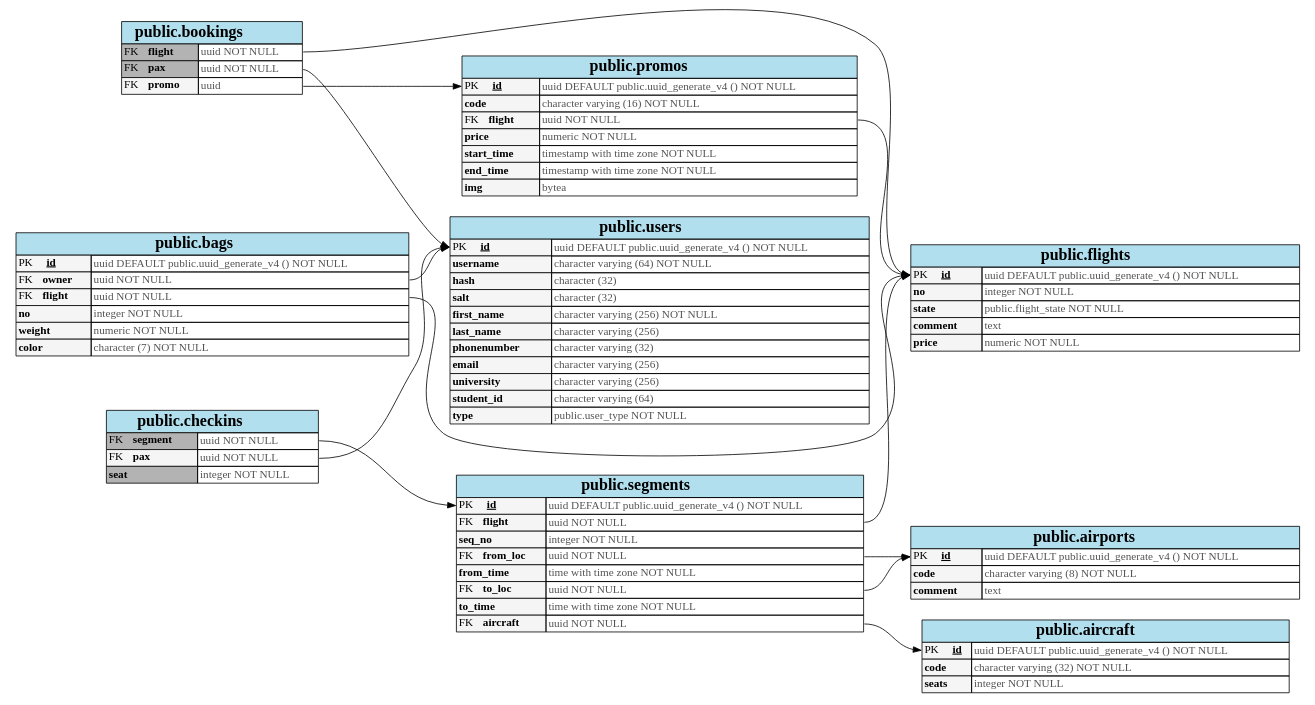
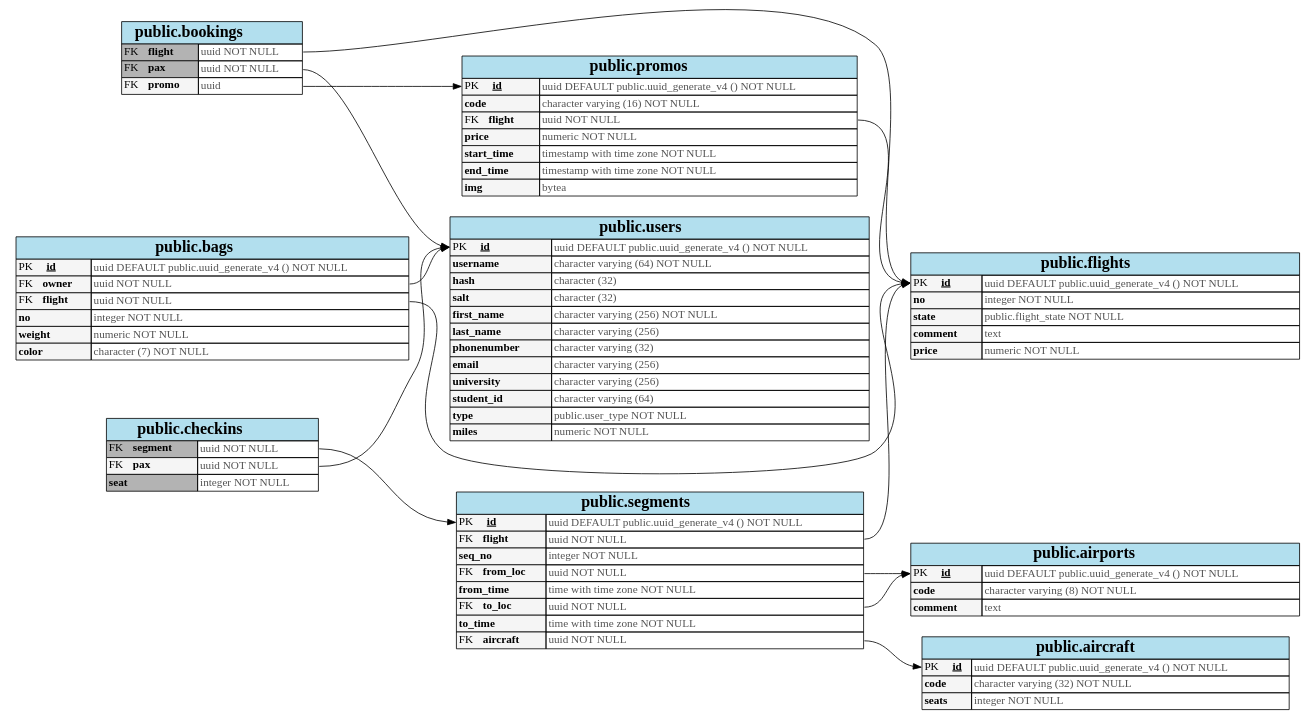
Before and after one commit to itcr3442/CE3101-TECAir: the diagram in docs/esquema.gv, drawn with Graphviz. The commit also changed 6 other files, not shown here.

```diff
--- a/docs/esquema.gv
+++ b/docs/esquema.gv
@@ -1,139 +1,140 @@
 /*
  * Graphviz of '<_io.TextIOWrapper name='<stdin>' mode='r' encoding='utf-8'>', created 2022-04-24 16:26:33.816806
  * Generated from https://github.com/rm-hull/sql_graphviz
  */
 digraph g { graph [ rankdir = "LR" ];
 
     "public.aircraft" [
     shape=none
     label=<
       <table border="0" cellspacing="0" cellborder="1">
         <tr><td bgcolor="lightblue2" colspan="2"><font face="Times-bold" point-size="20"> public.aircraft </font></td></tr>
         <tr><td bgcolor="grey96" align="left" port="id"> PK <font face="Times-bold"> <u>id</u> </font></td><td align="left" port="id_right"><font color="#535353"> uuid DEFAULT public.uuid_generate_v4 () NOT NULL </font></td></tr>
         <tr><td bgcolor="grey96" align="left" port="code"><font face="Times-bold"> code </font></td><td align="left" port="code_right"><font color="#535353"> character varying (32) NOT NULL </font></td></tr>
         <tr><td bgcolor="grey96" align="left" port="seats"><font face="Times-bold"> seats </font></td><td align="left" port="seats_right"><font color="#535353"> integer NOT NULL </font></td></tr>
       </table>
     >];
 
     "public.airports" [
     shape=none
     label=<
       <table border="0" cellspacing="0" cellborder="1">
         <tr><td bgcolor="lightblue2" colspan="2"><font face="Times-bold" point-size="20"> public.airports </font></td></tr>
         <tr><td bgcolor="grey96" align="left" port="id"> PK <font face="Times-bold"> <u>id</u> </font></td><td align="left" port="id_right"><font color="#535353"> uuid DEFAULT public.uuid_generate_v4 () NOT NULL </font></td></tr>
         <tr><td bgcolor="grey96" align="left" port="code"><font face="Times-bold"> code </font></td><td align="left" port="code_right"><font color="#535353"> character varying (8) NOT NULL </font></td></tr>
         <tr><td bgcolor="grey96" align="left" port="comment"><font face="Times-bold"> comment </font></td><td align="left" port="comment_right"><font color="#535353"> text </font></td></tr>
       </table>
     >];
 
     "public.bags" [
     shape=none
     label=<
       <table border="0" cellspacing="0" cellborder="1">
         <tr><td bgcolor="lightblue2" colspan="2"><font face="Times-bold" point-size="20"> public.bags </font></td></tr>
         <tr><td bgcolor="grey96" align="left" port="id"> PK <font face="Times-bold"> <u>id</u> </font></td><td align="left" port="id_right"><font color="#535353"> uuid DEFAULT public.uuid_generate_v4 () NOT NULL </font></td></tr>
         <tr><td bgcolor="grey96" align="left" port="owner"> FK <font face="Times-bold"> owner </font></td><td align="left" port="owner_right"><font color="#535353"> uuid NOT NULL </font></td></tr>
         <tr><td bgcolor="grey96" align="left" port="flight"> FK <font face="Times-bold"> flight </font></td><td align="left" port="flight_right"><font color="#535353"> uuid NOT NULL </font></td></tr>
         <tr><td bgcolor="grey96" align="left" port="no"><font face="Times-bold"> no </font></td><td align="left" port="no_right"><font color="#535353"> integer NOT NULL </font></td></tr>
         <tr><td bgcolor="grey96" align="left" port="weight"><font face="Times-bold"> weight </font></td><td align="left" port="weight_right"><font color="#535353"> numeric NOT NULL </font></td></tr>
         <tr><td bgcolor="grey96" align="left" port="color"><font face="Times-bold"> color </font></td><td align="left" port="color_right"><font color="#535353"> character (7) NOT NULL </font></td></tr>
       </table>
     >];
 
     "public.bookings" [
     shape=none
     label=<
       <table border="0" cellspacing="0" cellborder="1">
         <tr><td bgcolor="lightblue2" colspan="2"><font face="Times-bold" point-size="20"> public.bookings </font></td></tr>
         <tr><td bgcolor="grey70" align="left" port="flight"> FK <font face="Times-bold"> flight </font></td><td align="left" port="flight_right"><font color="#535353"> uuid NOT NULL </font></td></tr>
         <tr><td bgcolor="grey70" align="left" port="pax"> FK <font face="Times-bold"> pax </font></td><td align="left" port="pax_right"><font color="#535353"> uuid NOT NULL </font></td></tr>
         <tr><td bgcolor="grey96" align="left" port="promo"> FK <font face="Times-bold"> promo </font></td><td align="left" port="promo_right"><font color="#535353"> uuid </font></td></tr>
       </table>
     >];
 
     "public.checkins" [
     shape=none
     label=<
       <table border="0" cellspacing="0" cellborder="1">
         <tr><td bgcolor="lightblue2" colspan="2"><font face="Times-bold" point-size="20"> public.checkins </font></td></tr>
         <tr><td bgcolor="grey70" align="left" port="segment"> FK <font face="Times-bold"> segment </font></td><td align="left" port="segment_right"><font color="#535353"> uuid NOT NULL </font></td></tr>
         <tr><td bgcolor="grey96" align="left" port="pax"> FK <font face="Times-bold"> pax </font></td><td align="left" port="pax_right"><font color="#535353"> uuid NOT NULL </font></td></tr>
         <tr><td bgcolor="grey70" align="left" port="seat"><font face="Times-bold"> seat </font></td><td align="left" port="seat_right"><font color="#535353"> integer NOT NULL </font></td></tr>
       </table>
     >];
 
     "public.flights" [
     shape=none
     label=<
       <table border="0" cellspacing="0" cellborder="1">
         <tr><td bgcolor="lightblue2" colspan="2"><font face="Times-bold" point-size="20"> public.flights </font></td></tr>
         <tr><td bgcolor="grey96" align="left" port="id"> PK <font face="Times-bold"> <u>id</u> </font></td><td align="left" port="id_right"><font color="#535353"> uuid DEFAULT public.uuid_generate_v4 () NOT NULL </font></td></tr>
         <tr><td bgcolor="grey96" align="left" port="no"><font face="Times-bold"> no </font></td><td align="left" port="no_right"><font color="#535353"> integer NOT NULL </font></td></tr>
         <tr><td bgcolor="grey96" align="left" port="state"><font face="Times-bold"> state </font></td><td align="left" port="state_right"><font color="#535353"> public.flight_state NOT NULL </font></td></tr>
         <tr><td bgcolor="grey96" align="left" port="comment"><font face="Times-bold"> comment </font></td><td align="left" port="comment_right"><font color="#535353"> text </font></td></tr>
         <tr><td bgcolor="grey96" align="left" port="price"><font face="Times-bold"> price </font></td><td align="left" port="price_right"><font color="#535353"> numeric NOT NULL </font></td></tr>
       </table>
     >];
 
     "public.promos" [
     shape=none
     label=<
       <table border="0" cellspacing="0" cellborder="1">
         <tr><td bgcolor="lightblue2" colspan="2"><font face="Times-bold" point-size="20"> public.promos </font></td></tr>
         <tr><td bgcolor="grey96" align="left" port="id"> PK <font face="Times-bold"> <u>id</u> </font></td><td align="left" port="id_right"><font color="#535353"> uuid DEFAULT public.uuid_generate_v4 () NOT NULL </font></td></tr>
         <tr><td bgcolor="grey96" align="left" port="code"><font face="Times-bold"> code </font></td><td align="left" port="code_right"><font color="#535353"> character varying (16) NOT NULL </font></td></tr>
         <tr><td bgcolor="grey96" align="left" port="flight"> FK <font face="Times-bold"> flight </font></td><td align="left" port="flight_right"><font color="#535353"> uuid NOT NULL </font></td></tr>
         <tr><td bgcolor="grey96" align="left" port="price"><font face="Times-bold"> price </font></td><td align="left" port="price_right"><font color="#535353"> numeric NOT NULL </font></td></tr>
         <tr><td bgcolor="grey96" align="left" port="start_time"><font face="Times-bold"> start_time </font></td><td align="left" port="start_time_right"><font color="#535353"> timestamp with time zone NOT NULL </font></td></tr>
         <tr><td bgcolor="grey96" align="left" port="end_time"><font face="Times-bold"> end_time </font></td><td align="left" port="end_time_right"><font color="#535353"> timestamp with time zone NOT NULL </font></td></tr>
         <tr><td bgcolor="grey96" align="left" port="img"><font face="Times-bold"> img </font></td><td align="left" port="img_right"><font color="#535353"> bytea </font></td></tr>
       </table>
     >];
 
     "public.segments" [
     shape=none
     label=<
       <table border="0" cellspacing="0" cellborder="1">
         <tr><td bgcolor="lightblue2" colspan="2"><font face="Times-bold" point-size="20"> public.segments </font></td></tr>
         <tr><td bgcolor="grey96" align="left" port="id"> PK <font face="Times-bold"> <u>id</u> </font></td><td align="left" port="id_right"><font color="#535353"> uuid DEFAULT public.uuid_generate_v4 () NOT NULL </font></td></tr>
         <tr><td bgcolor="grey96" align="left" port="flight"> FK <font face="Times-bold"> flight </font></td><td align="left" port="flight_right"><font color="#535353"> uuid NOT NULL </font></td></tr>
         <tr><td bgcolor="grey96" align="left" port="seq_no"><font face="Times-bold"> seq_no </font></td><td align="left" port="seq_no_right"><font color="#535353"> integer NOT NULL </font></td></tr>
         <tr><td bgcolor="grey96" align="left" port="from_loc"> FK <font face="Times-bold"> from_loc </font></td><td align="left" port="from_loc_right"><font color="#535353"> uuid NOT NULL </font></td></tr>
         <tr><td bgcolor="grey96" align="left" port="from_time"><font face="Times-bold"> from_time </font></td><td align="left" port="from_time_right"><font color="#535353"> time with time zone NOT NULL </font></td></tr>
         <tr><td bgcolor="grey96" align="left" port="to_loc"> FK <font face="Times-bold"> to_loc </font></td><td align="left" port="to_loc_right"><font color="#535353"> uuid NOT NULL </font></td></tr>
         <tr><td bgcolor="grey96" align="left" port="to_time"><font face="Times-bold"> to_time </font></td><td align="left" port="to_time_right"><font color="#535353"> time with time zone NOT NULL </font></td></tr>
         <tr><td bgcolor="grey96" align="left" port="aircraft"> FK <font face="Times-bold"> aircraft </font></td><td align="left" port="aircraft_right"><font color="#535353"> uuid NOT NULL </font></td></tr>
       </table>
     >];
 
     "public.users" [
     shape=none
     label=<
       <table border="0" cellspacing="0" cellborder="1">
         <tr><td bgcolor="lightblue2" colspan="2"><font face="Times-bold" point-size="20"> public.users </font></td></tr>
         <tr><td bgcolor="grey96" align="left" port="id"> PK <font face="Times-bold"> <u>id</u> </font></td><td align="left" port="id_right"><font color="#535353"> uuid DEFAULT public.uuid_generate_v4 () NOT NULL </font></td></tr>
         <tr><td bgcolor="grey96" align="left" port="username"><font face="Times-bold"> username </font></td><td align="left" port="username_right"><font color="#535353"> character varying (64) NOT NULL </font></td></tr>
         <tr><td bgcolor="grey96" align="left" port="hash"><font face="Times-bold"> hash </font></td><td align="left" port="hash_right"><font color="#535353"> character (32) </font></td></tr>
         <tr><td bgcolor="grey96" align="left" port="salt"><font face="Times-bold"> salt </font></td><td align="left" port="salt_right"><font color="#535353"> character (32) </font></td></tr>
         <tr><td bgcolor="grey96" align="left" port="first_name"><font face="Times-bold"> first_name </font></td><td align="left" port="first_name_right"><font color="#535353"> character varying (256) NOT NULL </font></td></tr>
         <tr><td bgcolor="grey96" align="left" port="last_name"><font face="Times-bold"> last_name </font></td><td align="left" port="last_name_right"><font color="#535353"> character varying (256) </font></td></tr>
         <tr><td bgcolor="grey96" align="left" port="phonenumber"><font face="Times-bold"> phonenumber </font></td><td align="left" port="phonenumber_right"><font color="#535353"> character varying (32) </font></td></tr>
         <tr><td bgcolor="grey96" align="left" port="email"><font face="Times-bold"> email </font></td><td align="left" port="email_right"><font color="#535353"> character varying (256) </font></td></tr>
         <tr><td bgcolor="grey96" align="left" port="university"><font face="Times-bold"> university </font></td><td align="left" port="university_right"><font color="#535353"> character varying (256) </font></td></tr>
         <tr><td bgcolor="grey96" align="left" port="student_id"><font face="Times-bold"> student_id </font></td><td align="left" port="student_id_right"><font color="#535353"> character varying (64) </font></td></tr>
         <tr><td bgcolor="grey96" align="left" port="type"><font face="Times-bold"> type </font></td><td align="left" port="type_right"><font color="#535353"> public.user_type NOT NULL </font></td></tr>
+        <tr><td bgcolor="grey96" align="left" port="type"><font face="Times-bold"> miles </font></td><td align="left" port="type_right"><font color="#535353"> numeric NOT NULL </font></td></tr>
       </table>
     >];
   "public.bags":flight_right -> "public.flights":id
   "public.bags":owner_right -> "public.users":id
   "public.bookings":flight_right -> "public.flights":id
   "public.bookings":pax_right -> "public.users":id
   "public.bookings":promo_right -> "public.promos":id
   "public.checkins":pax_right -> "public.users":id
   "public.checkins":segment_right -> "public.segments":id
   "public.promos":flight_right -> "public.flights":id
   "public.segments":aircraft_right -> "public.aircraft":id
   "public.segments":flight_right -> "public.flights":id
   "public.segments":from_loc_right -> "public.airports":id
   "public.segments":to_loc_right -> "public.airports":id
 }
```
